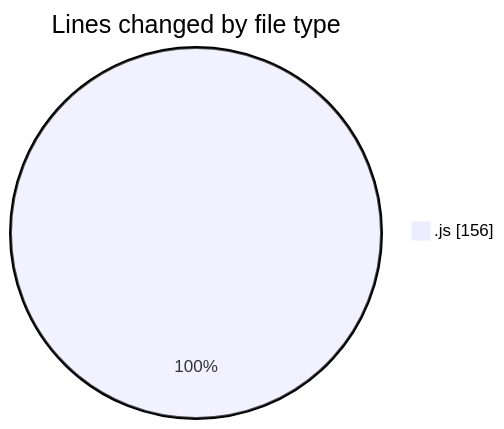
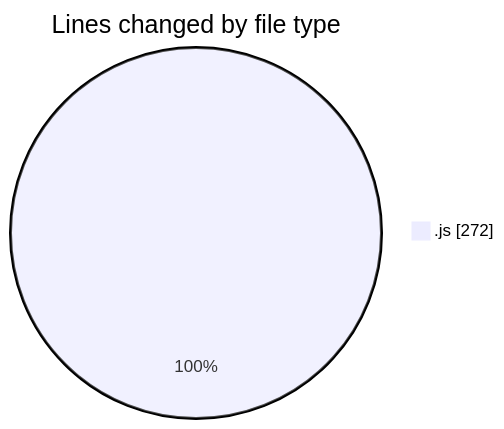
One commit to Ritupan-Deka/code-tracking changed the first of 2 diagrams in 2025-07-28/javascript/README.md. Above: the diagram before and after it, drawn with Mermaid. The commit also changed other lines of this file and 1 other file, not shown here.

````diff
--- a/2025-07-28/javascript/README.md
+++ b/2025-07-28/javascript/README.md
@@ -20,5 +20,5 @@
 ```mermaid
 pie showData
 title Lines changed by file type
-".js" : 156
+".js" : 272
 ```
````
